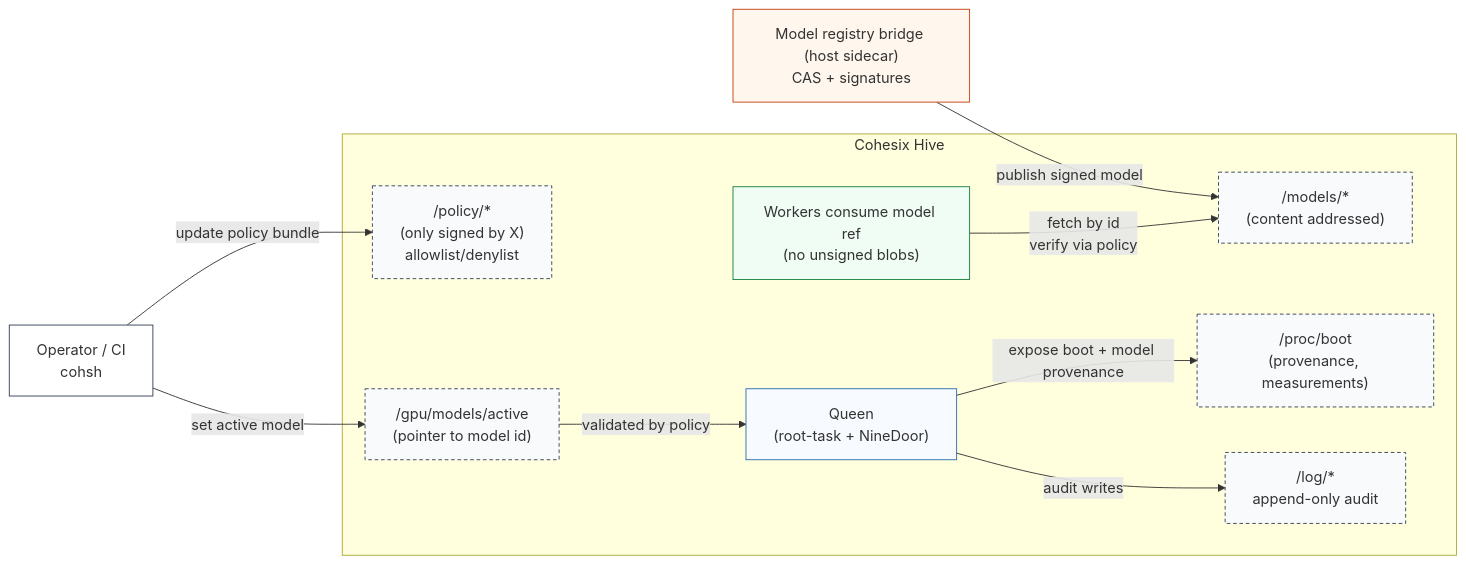
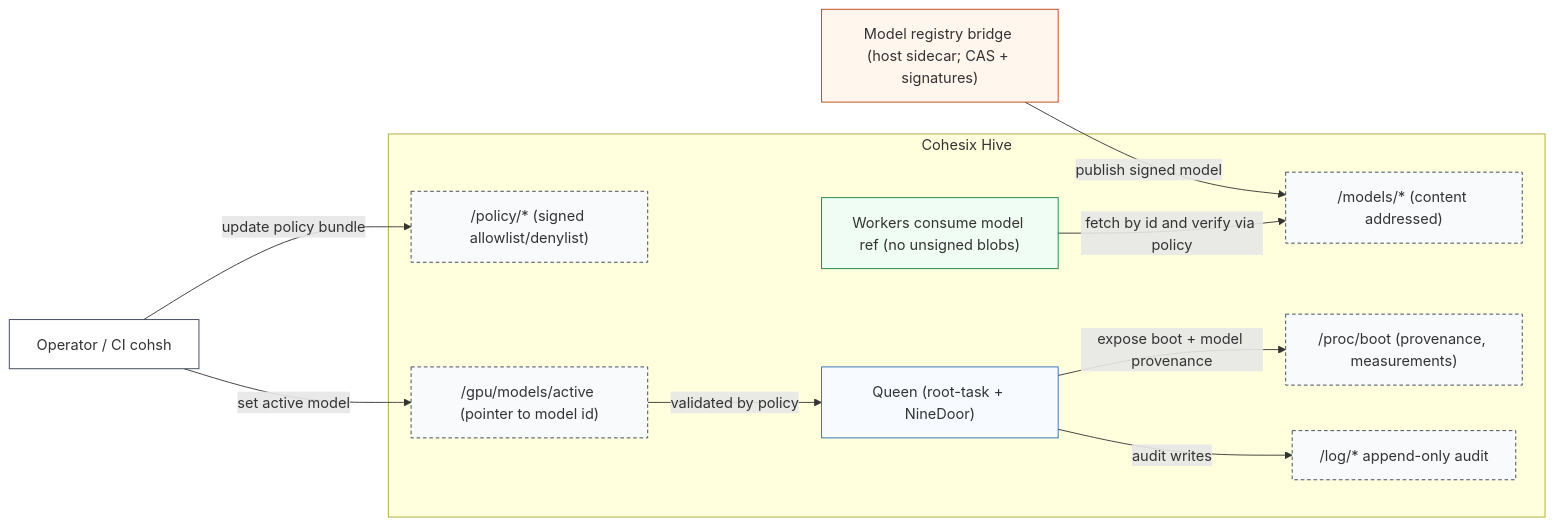
The fifth of 5 diagrams in docs/USE_CASES.md (lukeb-aidev/cohesix), drawn with Mermaid before and after one commit. The commit also changed other lines of this file and 100 other files, not shown here.

````diff
--- a/docs/USE_CASES.md
+++ b/docs/USE_CASES.md
@@ -451,29 +451,29 @@
 ```mermaid
 flowchart LR
-  REG["Model registry bridge (host sidecar)<br/>CAS + signatures"]:::sidecar
+  REG["Model registry bridge (host sidecar; CAS + signatures)"]:::sidecar
   subgraph HIVE["Cohesix Hive"]
-    Q["Queen<br/>(root-task + NineDoor)"]:::queen
-    POL["/policy/*<br/>(only signed by X)<br/>allowlist/denylist"]:::path
-    MODELS["/models/*<br/>(content addressed)"]:::path
-    DEP["/gpu/models/active<br/>(pointer to model id)"]:::path
-    BOOT["/proc/boot<br/>(provenance, measurements)"]:::path
-    LOG["/log/*<br/>append-only audit"]:::path
-    W["Workers consume model ref<br/>(no unsigned blobs)"]:::worker
+    Q["Queen (root-task + NineDoor)"]:::queen
+    POL["/policy/* (signed allowlist/denylist)"]:::path
+    MODELS["/models/* (content addressed)"]:::path
+    DEP["/gpu/models/active (pointer to model id)"]:::path
+    BOOT["/proc/boot (provenance, measurements)"]:::path
+    LOG["/log/* append-only audit"]:::path
+    W["Workers consume model ref (no unsigned blobs)"]:::worker
   end
 
-  OPS["Operator / CI<br/>cohsh"]:::ext
+  OPS["Operator / CI cohsh"]:::ext
 
   REG -->|"publish signed model"| MODELS
   OPS -->|"update policy bundle"| POL
   OPS -->|"set active model"| DEP
   DEP -->|"validated by policy"| Q
   Q -->|"audit writes"| LOG
   Q -->|"expose boot + model provenance"| BOOT
-  W -->|"fetch by id<br/>verify via policy"| MODELS
+  W -->|"fetch by id and verify via policy"| MODELS
 
   classDef queen fill:#f7fbff,stroke:#2b6cb0,stroke-width:1px;
   classDef worker fill:#f0fdf4,stroke:#15803d,stroke-width:1px;
   classDef sidecar fill:#fff7ed,stroke:#c2410c,stroke-width:1px;
   classDef path fill:#f8fafc,stroke:#334155,stroke-dasharray: 4 3;
   classDef ext fill:#ffffff,stroke:#334155,stroke-width:1px;
 ```
````
